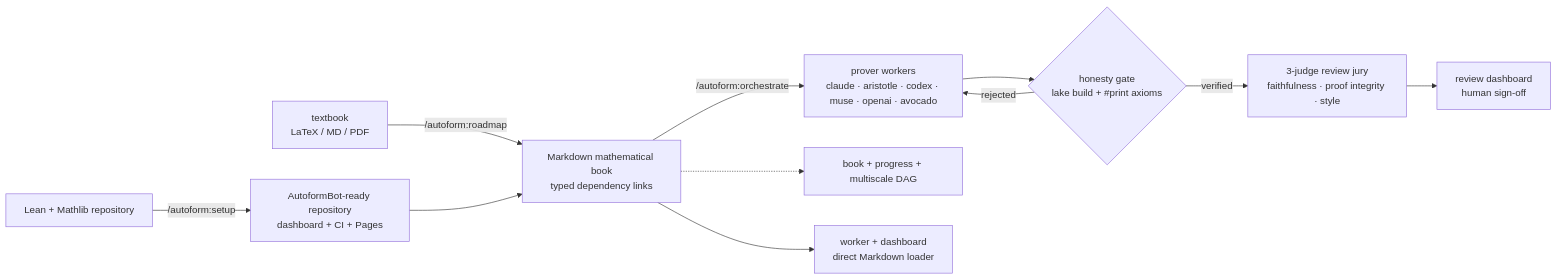
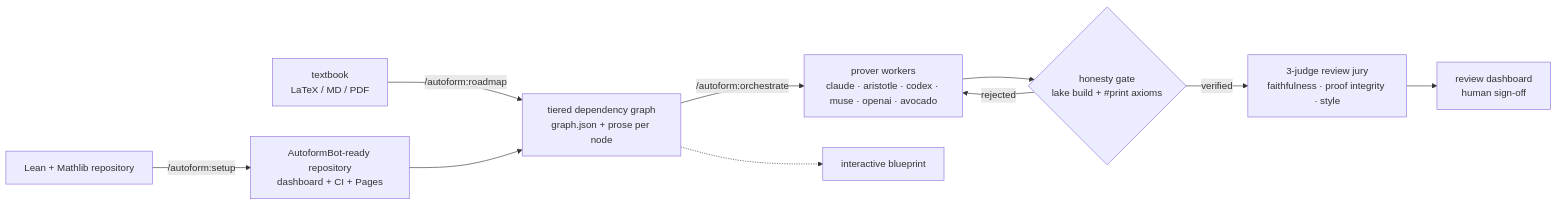
One commit to VivienCabannes/autoform-bot changed the first of 2 diagrams in README.md. Above: the diagram before and after it, drawn with Mermaid. The commit also changed other lines of this file and 185 other files, not shown here.

````diff
--- a/README.md
+++ b/README.md
@@ -24,13 +33,12 @@
 ```mermaid
 flowchart LR
     A[Lean + Mathlib repository] -->|/autoform:setup| R[AutoformBot-ready repository<br/>dashboard + CI + Pages]
-    S[textbook<br/>LaTeX / MD / PDF] -->|/autoform:roadmap| B[Markdown mathematical book<br/>typed dependency links]
+    S[textbook<br/>LaTeX / MD / PDF] -->|/autoform:roadmap| B[tiered dependency graph<br/>graph.json + prose per node]
     R --> B
     B -->|/autoform:orchestrate| C[prover workers<br/>claude · aristotle · codex · muse · openai · avocado]
     C --> D{honesty gate<br/>lake build + #print axioms}
     D -->|rejected| C
     D -->|verified| E[3-judge review jury<br/>faithfulness · proof integrity · style]
     E --> F[review dashboard<br/>human sign-off]
-    B -.-> G[book + progress + multiscale DAG]
-    B --> H[worker + dashboard<br/>direct Markdown loader]
+    B -.-> G[interactive blueprint]
 ```
````
